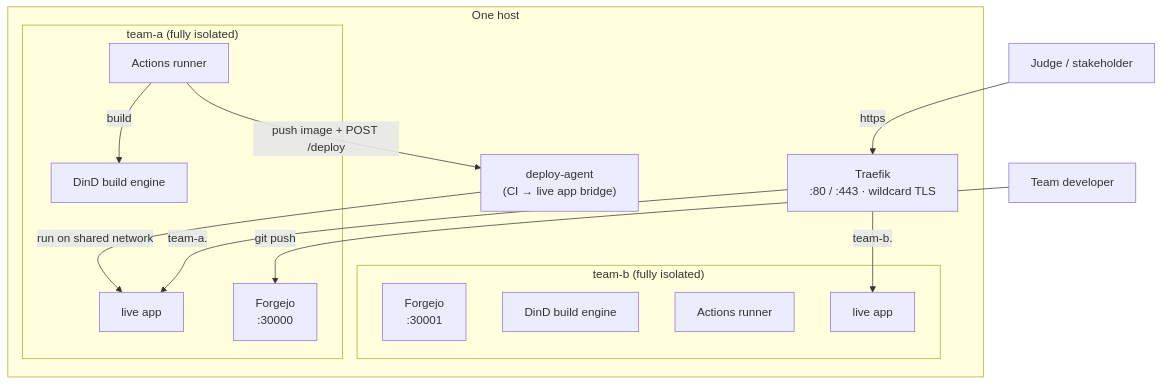
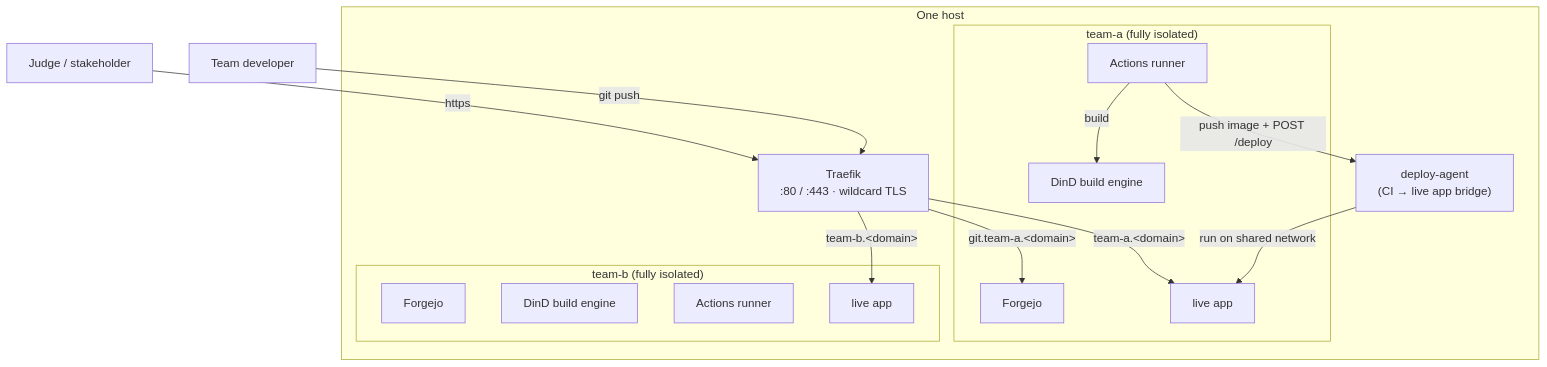
The diagram in docs/index.md (johnjoeallen/ignition), drawn with Mermaid before and after one commit. The commit also changed other lines of this file and 10 other files, not shown here.

First line of the commit message:
Forge moves to git.<slug>.<BASE_DOMAIN> (Traefik-routed, real TLS)

````diff
--- a/docs/index.md
+++ b/docs/index.md
@@ -23,29 +23,30 @@
 ```mermaid
 flowchart TB
     subgraph host["One host"]
         traefik["Traefik<br/>:80 / :443 · wildcard TLS"]
         agent["deploy-agent<br/>(CI → live app bridge)"]
 
         subgraph teamA["team-a  (fully isolated)"]
-            fa["Forgejo<br/>:30000"]
+            fa["Forgejo"]
             da["DinD build engine"]
             ra["Actions runner"]
             appA["live app"]
         end
 
         subgraph teamB["team-b  (fully isolated)"]
-            fb["Forgejo<br/>:30001"]
+            fb["Forgejo"]
             db["DinD build engine"]
             rb["Actions runner"]
             appB["live app"]
         end
     end
 
-    dev["Team developer"] -->|git push| fa
+    dev["Team developer"] -->|git push| traefik
+    traefik -->|"git.team-a.&lt;domain&gt;"| fa
     ra -->|build| da
     ra -->|"push image + POST /deploy"| agent
     agent -->|run on shared network| appA
-    traefik -->|"team-a.<domain>"| appA
-    traefik -->|"team-b.<domain>"| appB
+    traefik -->|"team-a.&lt;domain&gt;"| appA
+    traefik -->|"team-b.&lt;domain&gt;"| appB
     visitor["Judge / stakeholder"] -->|https| traefik
 ```
````
